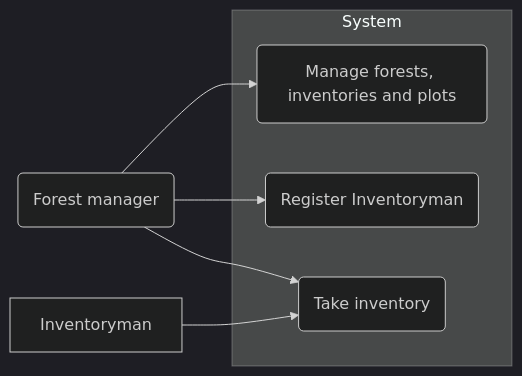
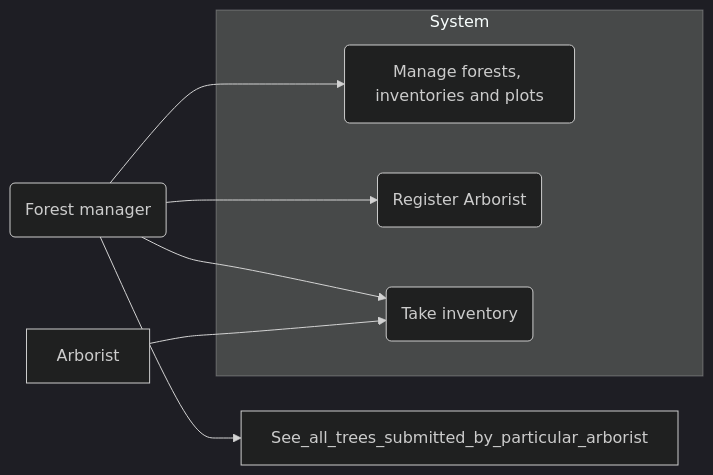
Before and after one commit to MilanVlaski/forestry: the diagram in docs/Use_cases.md, drawn with Mermaid (dark theme).

Commit message:
docs: update use cases

````diff
--- a/docs/Use_cases.md
+++ b/docs/Use_cases.md
@@ -2,16 +2,18 @@
 ```mermaid
 graph LR
 
 Forest_manager(Forest manager)
 
 subgraph System 
     Manage_forests(Manage forests, inventories and plots)
-    Register_inventoryman(Register Inventoryman)
+    Register_arborist(Register Arborist)
     Take_inventory(Take inventory)
 end
 
-Forest_manager --> Register_inventoryman
+Forest_manager --> Register_arborist
 Forest_manager --> Take_inventory
 Forest_manager --> Manage_forests
-Inventoryman --> Take_inventory
+Forest_manager --> See_all_trees_submitted_by_particular_arborist
+
+Arborist --> Take_inventory
 ```
````
